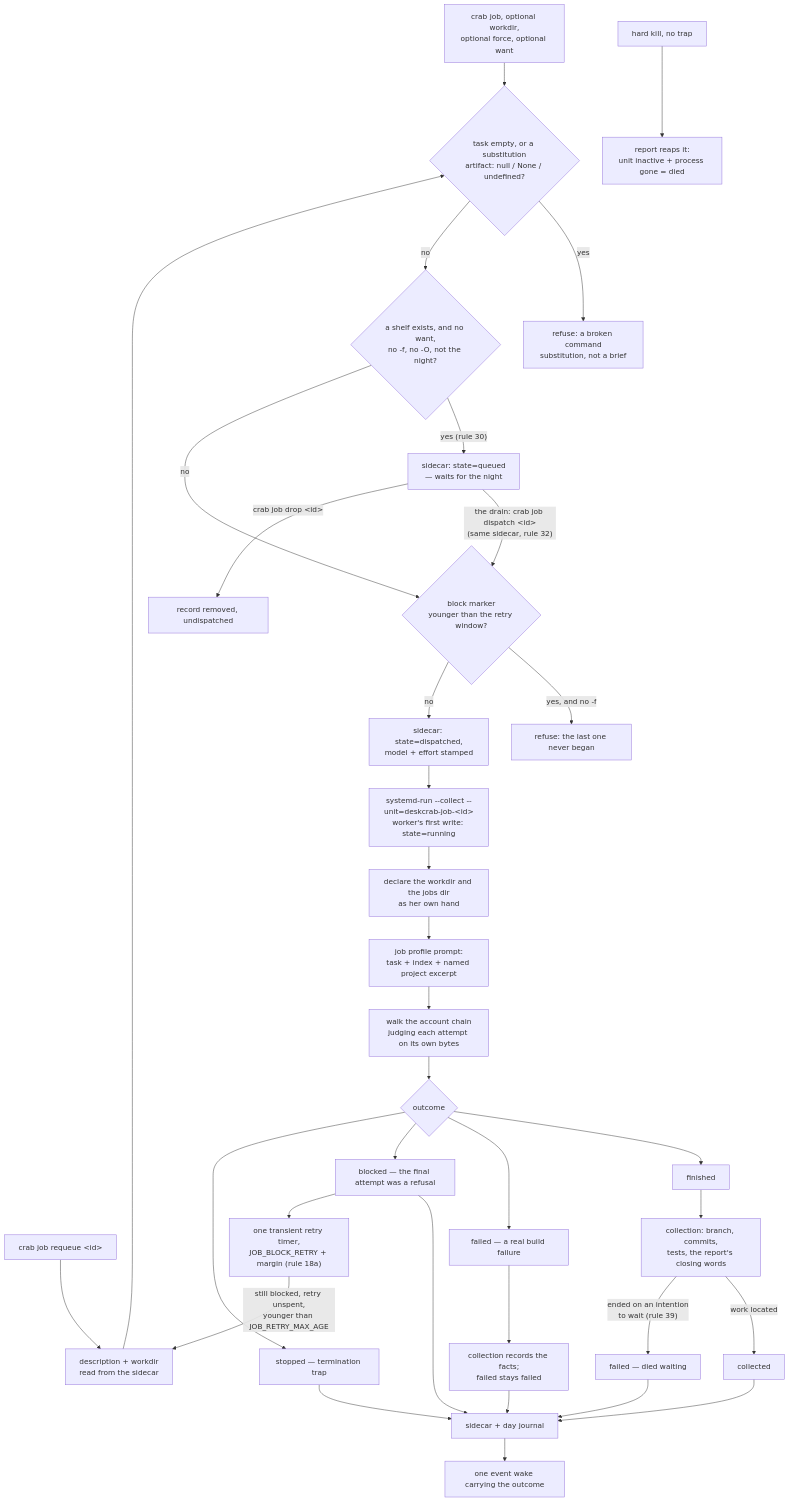
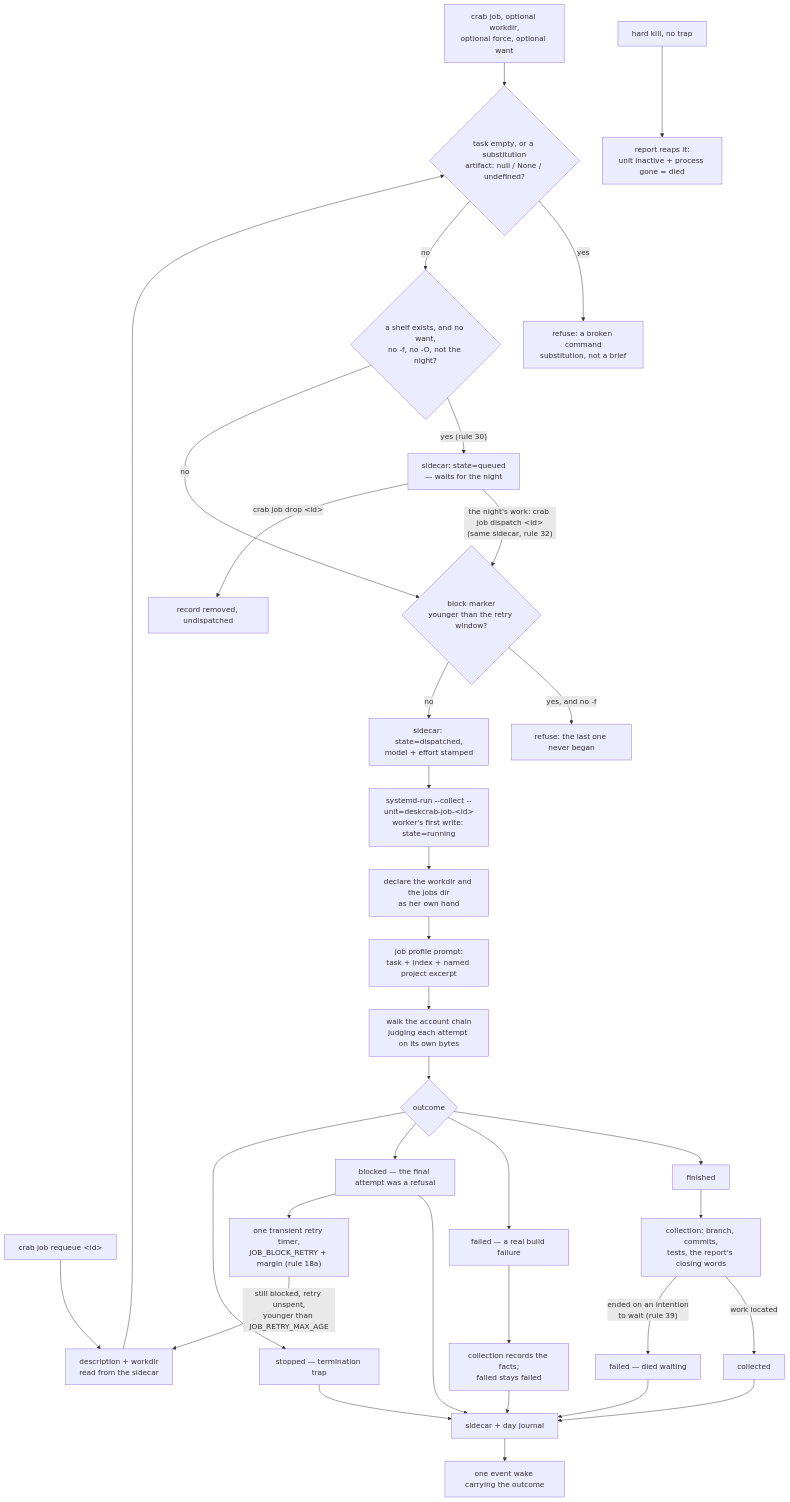
One commit to TheDiscordian/deskcrab changed the diagram in specs/jobs.md. Above: the diagram before and after it, drawn with Mermaid. The commit also changed other lines of this file and 18 other files, not shown here.

````diff
--- a/specs/jobs.md
+++ b/specs/jobs.md
@@ -295,32 +295,32 @@
 ```mermaid
 flowchart TD
   J0["crab job, optional workdir,<br/>optional force, optional want"] --> G{"task empty, or a substitution<br/>artifact: null / None / undefined?"}
   R0["crab job requeue &lt;id&gt;"] --> R1["description + workdir<br/>read from the sidecar"]
   R1 --> G
   G -->|yes| Gr["refuse: a broken command<br/>substitution, not a brief"]
   G -->|no| WG{"a shelf exists, and no want,<br/>no -f, no -O, not the night?"}
   WG -->|"yes (rule 30)"| Q["sidecar: state=queued<br/>— waits for the night"]
-  Q -->|"the drain: crab job dispatch &lt;id&gt;<br/>(same sidecar, rule 32)"| J1
+  Q -->|"the night's work: crab job dispatch &lt;id&gt;<br/>(same sidecar, rule 32)"| J1
   Q -->|"crab job drop &lt;id&gt;"| QD["record removed, undispatched"]
   WG -->|no| J1{"block marker<br/>younger than the retry window?"}
   J1 -->|yes, and no -f| J1b["refuse: the last one never began"]
   J1 -->|no| J2["sidecar: state=dispatched,<br/>model + effort stamped"]
   J2 --> J3["systemd-run --collect --unit=deskcrab-job-&lt;id&gt;<br/>worker's first write: state=running"]
   J3 --> J4["declare the workdir and the jobs dir<br/>as her own hand"]
   J4 --> J5["job profile prompt:<br/>task + index + named project excerpt"]
   J5 --> J6["walk the account chain<br/>judging each attempt on its own bytes"]
   J6 --> O{"outcome"}
   O --> Oa["finished"]
   O --> Ob["failed — a real build failure"]
   O --> Oc["blocked — the final attempt was a refusal"]
   O --> Od["stopped — termination trap"]
   Oa --> C["collection: branch, commits,<br/>tests, the report's closing words"]
   C -->|"work located"| Ca["collected"]
   C -->|"ended on an intention<br/>to wait (rule 39)"| Cb["failed — died waiting"]
   Ob --> C2["collection records the facts;<br/>failed stays failed"]
   Ca & Cb & C2 & Oc & Od --> J8["sidecar + day journal"]
   J8 --> J9["one event wake carrying the outcome"]
   Oc --> RT["one transient retry timer,<br/>JOB_BLOCK_RETRY + margin (rule 18a)"]
   RT -->|"still blocked, retry unspent,<br/>younger than JOB_RETRY_MAX_AGE"| R1
   X["hard kill, no trap"] --> R["report reaps it:<br/>unit inactive + process gone = died"]
 ```
````
